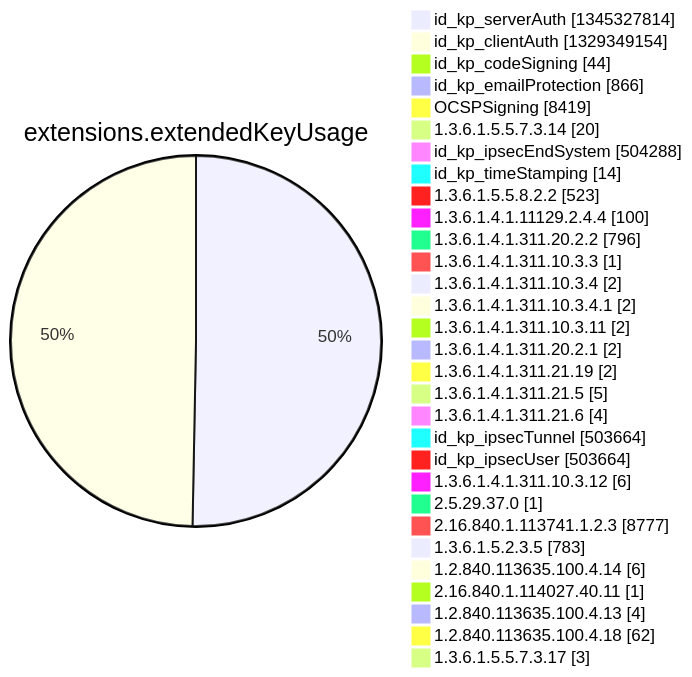
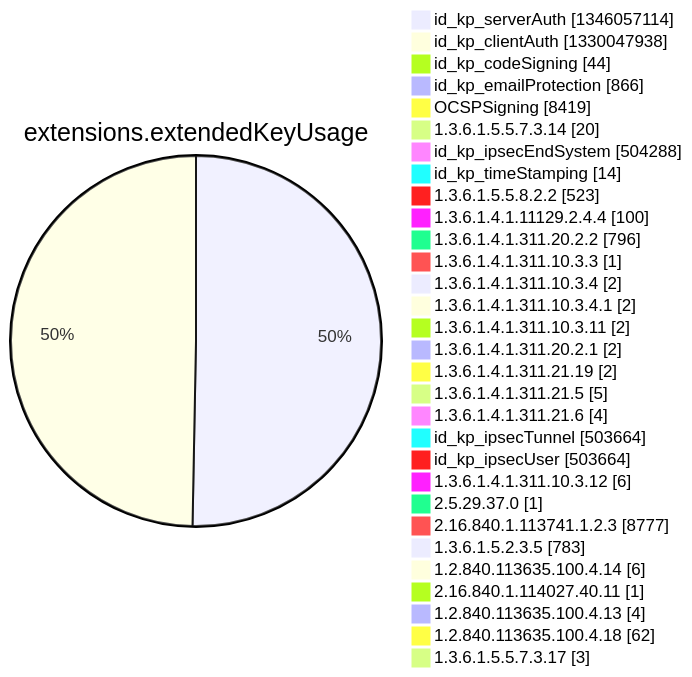
One commit to christiankrug/ctmonitor_visualization changed diagram 12 of 15 in argon2022/README.md. Above: the diagram before and after it, drawn with Mermaid. The commit also changed other lines of this file, not shown here.

````diff
--- a/argon2022/README.md
+++ b/argon2022/README.md
@@ -3553,34 +3553,34 @@
 ```mermaid
 pie showData
 title extensions.extendedKeyUsage
-"id_kp_serverAuth" :1345327814
-"id_kp_clientAuth" :1329349154
+"id_kp_serverAuth" :1346057114
+"id_kp_clientAuth" :1330047938
 "id_kp_codeSigning" :44
 "id_kp_emailProtection" :866
 "OCSPSigning" :8419
 "1.3.6.1.5.5.7.3.14" :20
 "id_kp_ipsecEndSystem" :504288
 "id_kp_timeStamping" :14
 "1.3.6.1.5.5.8.2.2" :523
 "1.3.6.1.4.1.11129.2.4.4" :100
 "1.3.6.1.4.1.311.20.2.2" :796
 "1.3.6.1.4.1.311.10.3.3" :1
 "1.3.6.1.4.1.311.10.3.4" :2
 "1.3.6.1.4.1.311.10.3.4.1" :2
 "1.3.6.1.4.1.311.10.3.11" :2
 "1.3.6.1.4.1.311.20.2.1" :2
 "1.3.6.1.4.1.311.21.19" :2
 "1.3.6.1.4.1.311.21.5" :5
 "1.3.6.1.4.1.311.21.6" :4
 "id_kp_ipsecTunnel" :503664
 "id_kp_ipsecUser" :503664
 "1.3.6.1.4.1.311.10.3.12" :6
 "2.5.29.37.0" :1
 "2.16.840.1.113741.1.2.3" :8777
 "1.3.6.1.5.2.3.5" :783
 "1.2.840.113635.100.4.14" :6
 "2.16.840.1.114027.40.11" :1
 "1.2.840.113635.100.4.13" :4
 "1.2.840.113635.100.4.18" :62
 "1.3.6.1.5.5.7.3.17" :3
 ```
````
